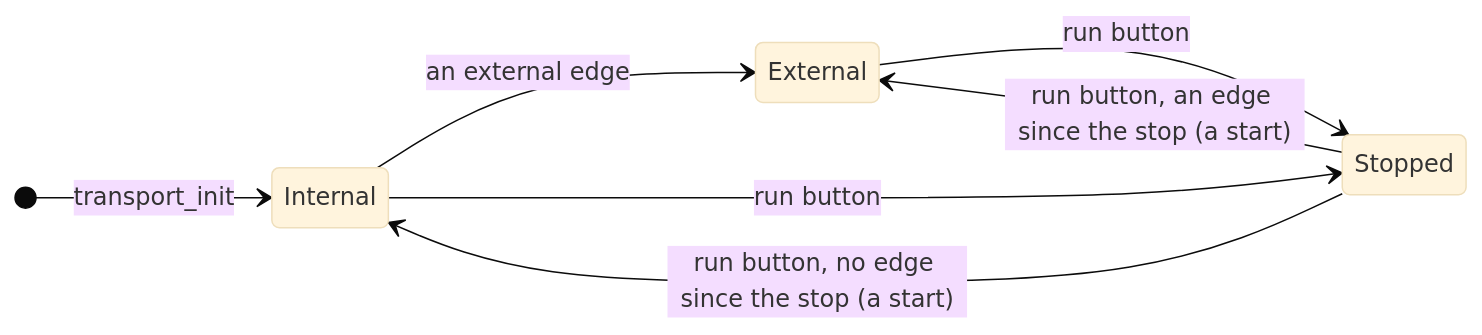
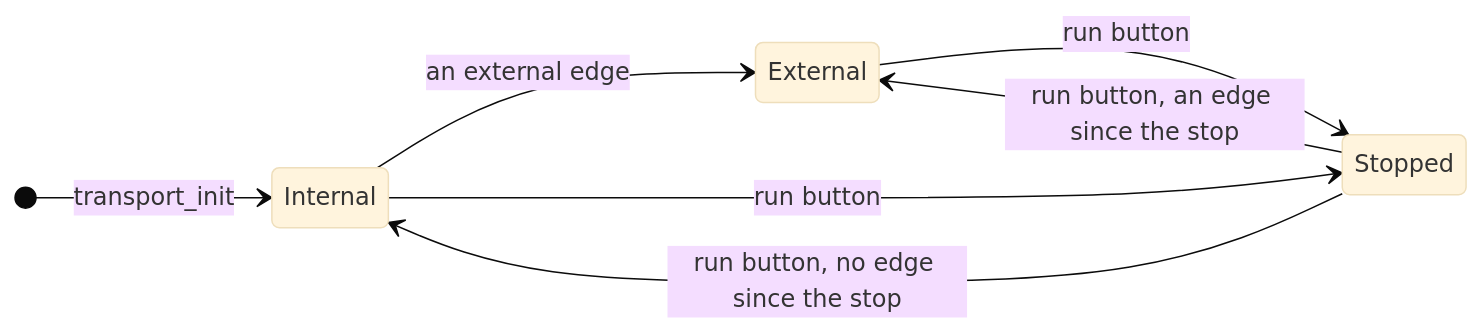
One commit to BonelessPig/nano_sequencer changed the third of 3 diagrams in docs/ARCHITECTURE.md. Above: the diagram before and after it, drawn with Mermaid (base theme). The commit also changed other lines of this file and 1 other file, not shown here.

First line of the commit message:
Docs: condense ARCHITECTURE.md, and correct the README's sizes

````diff
--- a/docs/ARCHITECTURE.md
+++ b/docs/ARCHITECTURE.md
@@ -505,10 +147,10 @@
 ```mermaid
 stateDiagram-v2
     direction LR
     [*] --> Internal: transport_init
     Internal --> External: an external edge
     Internal --> Stopped: run button
     External --> Stopped: run button
-    Stopped --> Internal: run button, no edge since the stop (a start)
-    Stopped --> External: run button, an edge since the stop (a start)
+    Stopped --> Internal: run button, no edge since the stop
+    Stopped --> External: run button, an edge since the stop
 ```
````
